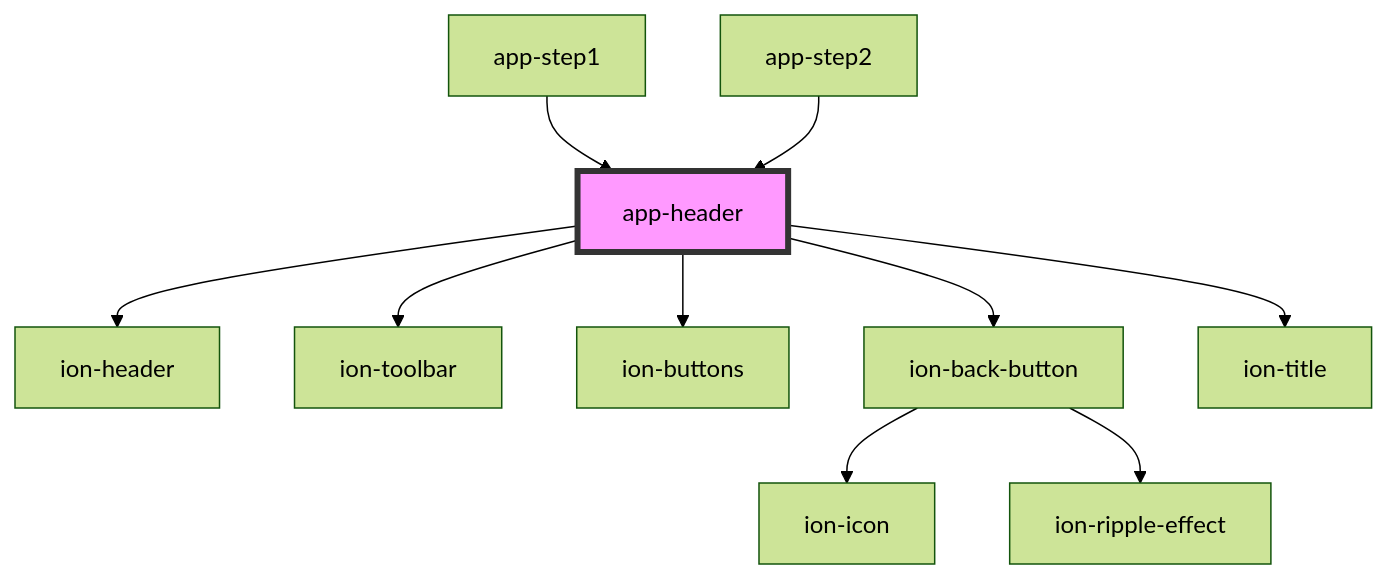
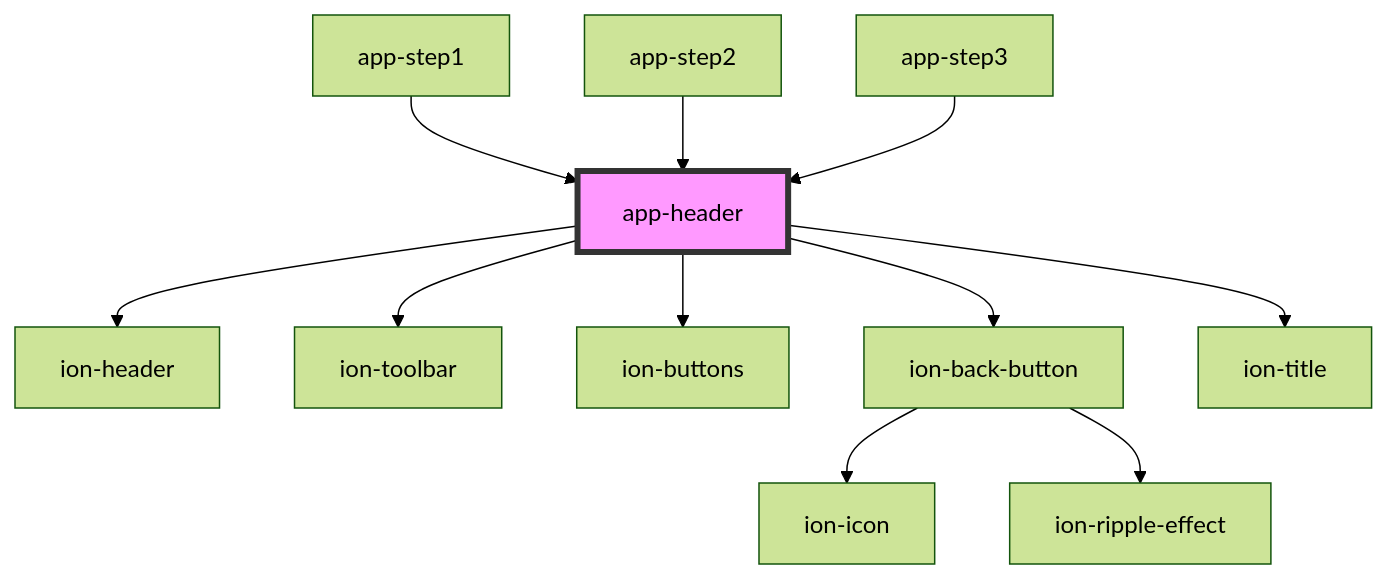
Before and after one commit to cuenca-mx/cuenca-shipping: the diagram in src/components/app-header/readme.md, drawn with Mermaid (forest theme). The commit also changed other lines of this file and 4 other files, not shown here.

````diff
--- a/src/components/app-header/readme.md
+++ b/src/components/app-header/readme.md
@@ -32,13 +33,14 @@
 ```mermaid
 graph TD;
   app-header --> ion-header
   app-header --> ion-toolbar
   app-header --> ion-buttons
   app-header --> ion-back-button
   app-header --> ion-title
   ion-back-button --> ion-icon
   ion-back-button --> ion-ripple-effect
   app-step1 --> app-header
   app-step2 --> app-header
+  app-step3 --> app-header
   style app-header fill:#f9f,stroke:#333,stroke-width:4px
 ```
````
